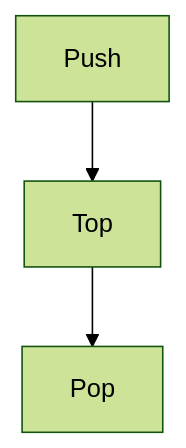
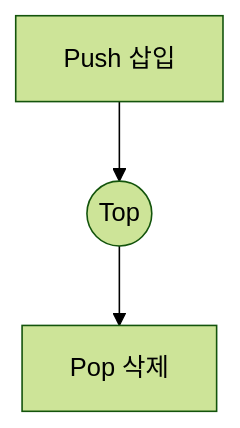
Before and after one commit to coninggu/wjdqhrhksflrltnftk: the diagram in content/stack-queue-list.md, drawn with Mermaid (forest theme). The commit also changed other lines of this file and 6 other files, not shown here.

````diff
--- a/content/stack-queue-list.md
+++ b/content/stack-queue-list.md
@@ -13,5 +15,5 @@
 ```mermaid
 flowchart TB
-  P[Push] --> T[Top]
-  T --> O[Pop]
+  P[Push 삽입] --> T((Top))
+  T --> O[Pop 삭제]
 ```
````
